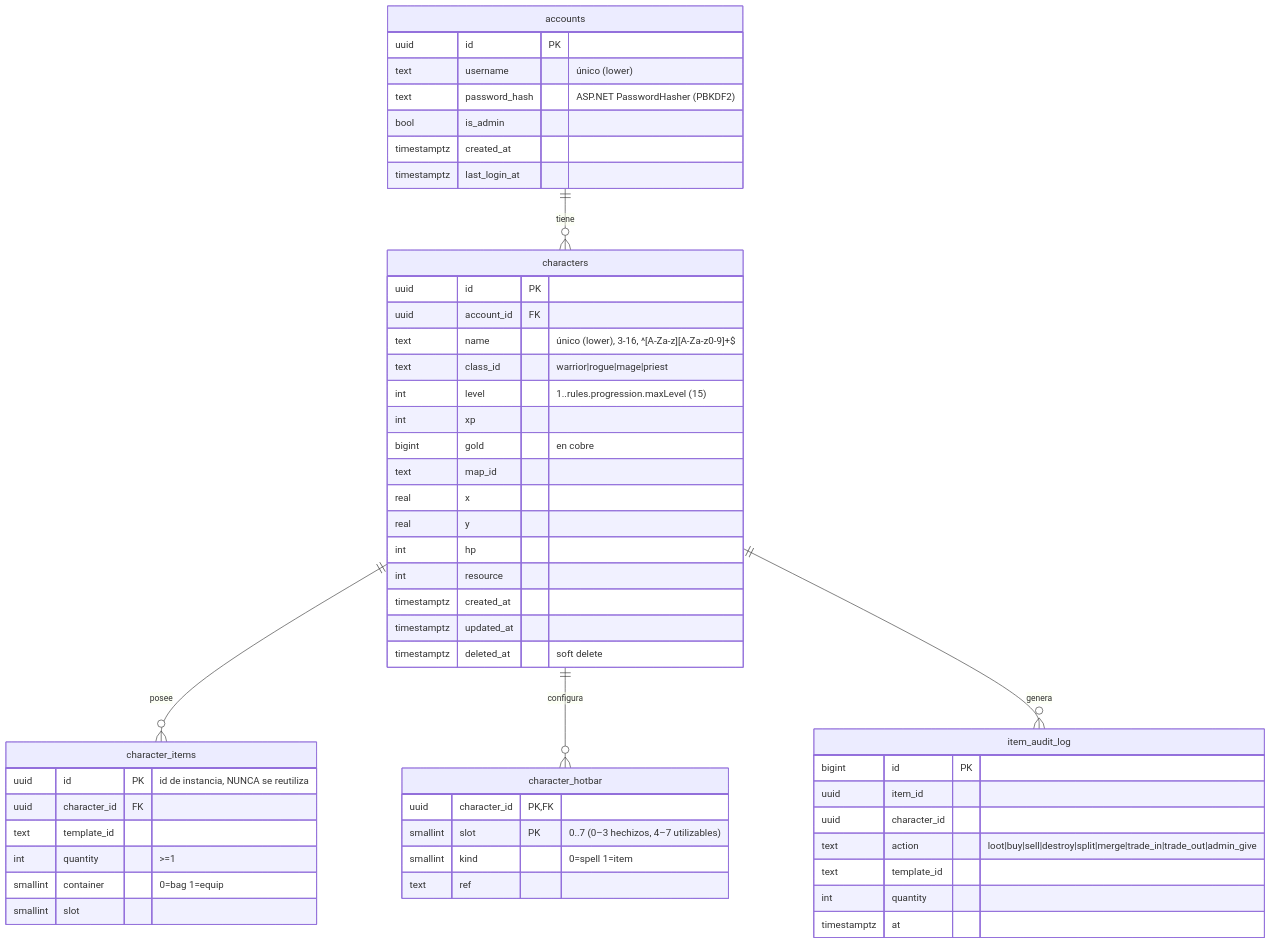
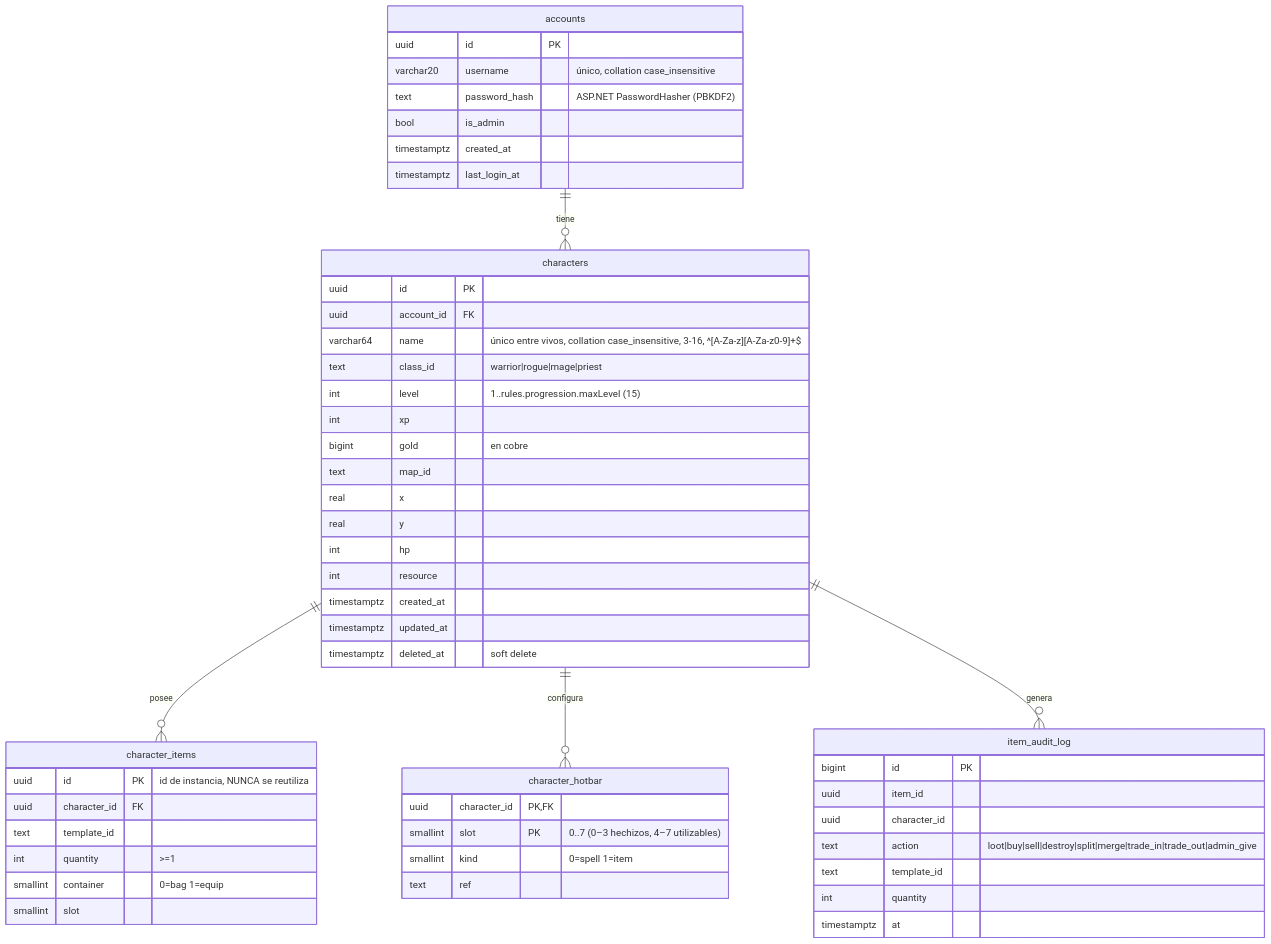
Before and after one commit to Seem1019/PixelRealms: the diagram in docs/database.md, drawn with Mermaid. The commit also changed other lines of this file and 2 other files, not shown here.

First line of the commit message:
docs(persistence): describe ICU collation uniqueness and empty-database deploy

````diff
--- a/docs/database.md
+++ b/docs/database.md
@@ -7,55 +7,55 @@
 ```mermaid
 erDiagram
   accounts ||--o{ characters : tiene
   characters ||--o{ character_items : posee
   characters ||--o{ character_hotbar : configura
   characters ||--o{ item_audit_log : genera
   accounts {
     uuid id PK
-    text username "único (lower)"
+    varchar20 username "único, collation case_insensitive"
     text password_hash "ASP.NET PasswordHasher (PBKDF2)"
     bool is_admin
     timestamptz created_at
     timestamptz last_login_at
   }
   characters {
     uuid id PK
     uuid account_id FK
-    text name "único (lower), 3-16, ^[A-Za-z][A-Za-z0-9]+$"
+    varchar64 name "único entre vivos, collation case_insensitive, 3-16, ^[A-Za-z][A-Za-z0-9]+$"
     text class_id "warrior|rogue|mage|priest"
     int level "1..rules.progression.maxLevel (15)"
     int xp
     bigint gold "en cobre"
     text map_id
     real x
     real y
     int hp
     int resource
     timestamptz created_at
     timestamptz updated_at
     timestamptz deleted_at "soft delete"
   }
   character_items {
     uuid id PK "id de instancia, NUNCA se reutiliza"
     uuid character_id FK
     text template_id
     int quantity ">=1"
     smallint container "0=bag 1=equip"
     smallint slot
   }
   character_hotbar {
     uuid character_id PK,FK
     smallint slot PK "0..7 (0–3 hechizos, 4–7 utilizables)"
     smallint kind "0=spell 1=item"
     text ref
   }
   item_audit_log {
     bigint id PK
     uuid item_id
     uuid character_id
     text action "loot|buy|sell|destroy|split|merge|trade_in|trade_out|admin_give"
     text template_id
     int quantity
     timestamptz at
   }
 ```
````
